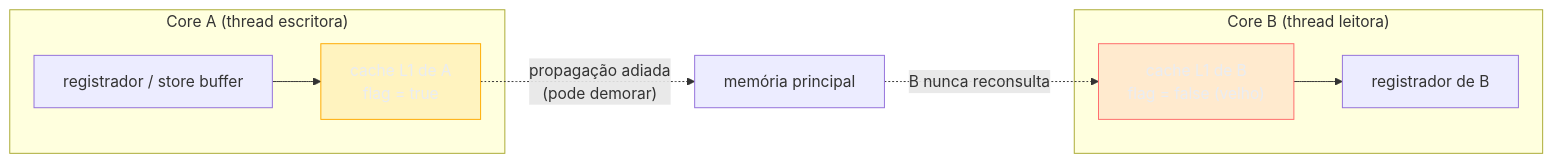
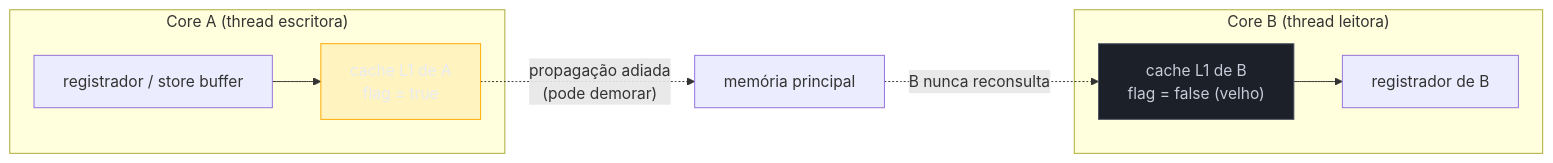
The second of 8 diagrams in 03-Dominios/Ciência/Concorrência e Paralelismo/04 - Atomicidade, visibilidade e ordenação.md (josenaldo/codex-technomanticus), drawn with Mermaid before and after one commit. The commit also changed other lines of this file and 601 other files, not shown here.

````diff
--- a/03-Dominios/Ciência/Concorrência e Paralelismo/04 - Atomicidade, visibilidade e ordenação.md
+++ b/03-Dominios/Ciência/Concorrência e Paralelismo/04 - Atomicidade, visibilidade e ordenação.md
@@ -78,15 +78,15 @@
 ```mermaid
 flowchart LR
+    classDef neutro fill:#1B2029,stroke:#4E5666,color:#C6CCD8
     classDef destaque fill:#FFAA0024,stroke:#FFAA00,color:#E9ECF2
-    classDef falha fill:#FF6B6B24,stroke:#FF6B6B,color:#E9ECF2
     subgraph CoreA["Core A (thread escritora)"]
         RA["registrador / store buffer"] --> CA["cache L1 de A<br/>flag = true"]
     end
     subgraph CoreB["Core B (thread leitora)"]
         CB["cache L1 de B<br/>flag = false (velho)"] --> RB["registrador de B"]
     end
     CA -. "propagação adiada<br/>(pode demorar)" .-> MEM["memória principal"]
     MEM -. "B nunca reconsulta" .-> CB
     class CA destaque
-    class CB falha
+    class CB neutro
 ```
````
